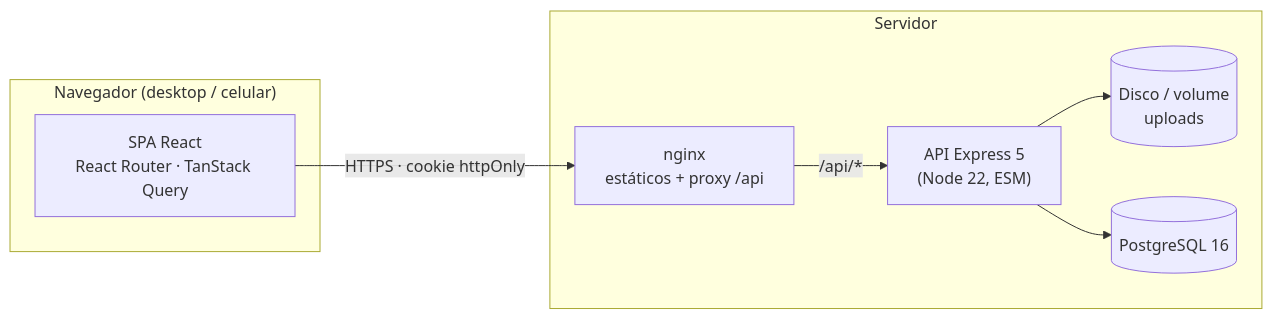
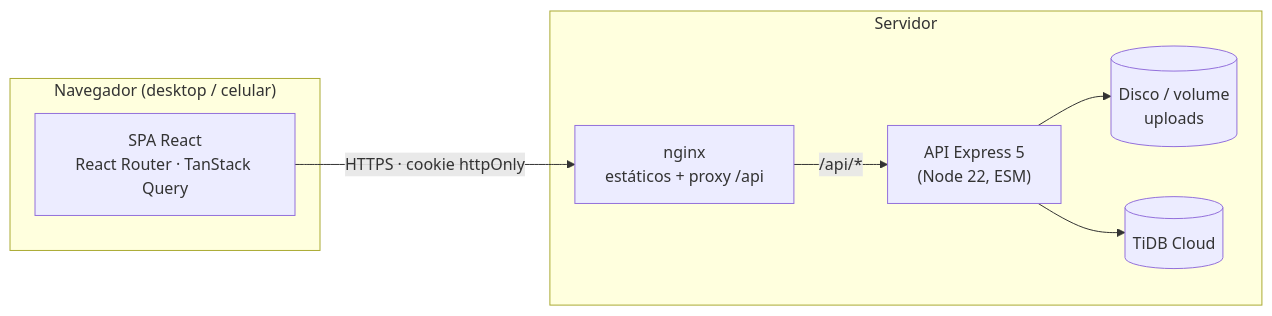
Before and after one commit to Sampai0-Thiago/taverna: the first of 4 diagrams in docs/ARQUITETURA.md, drawn with Mermaid. The commit also changed other lines of this file and 40 other files, not shown here.

````diff
--- a/docs/ARQUITETURA.md
+++ b/docs/ARQUITETURA.md
@@ -5,16 +5,16 @@
 ```mermaid
 flowchart LR
   subgraph Cliente["Navegador (desktop / celular)"]
     SPA["SPA React<br/>React Router · TanStack Query"]
   end
   subgraph Servidor
     NGINX["nginx<br/>estáticos + proxy /api"]
     API["API Express 5<br/>(Node 22, ESM)"]
     FS[("Disco / volume<br/>uploads")]
-    DB[("PostgreSQL 16")]
+    DB[("TiDB Cloud")]
   end
   SPA -- "HTTPS · cookie httpOnly" --> NGINX
   NGINX -- "/api/*" --> API
   API --> DB
   API --> FS
 ```
````
